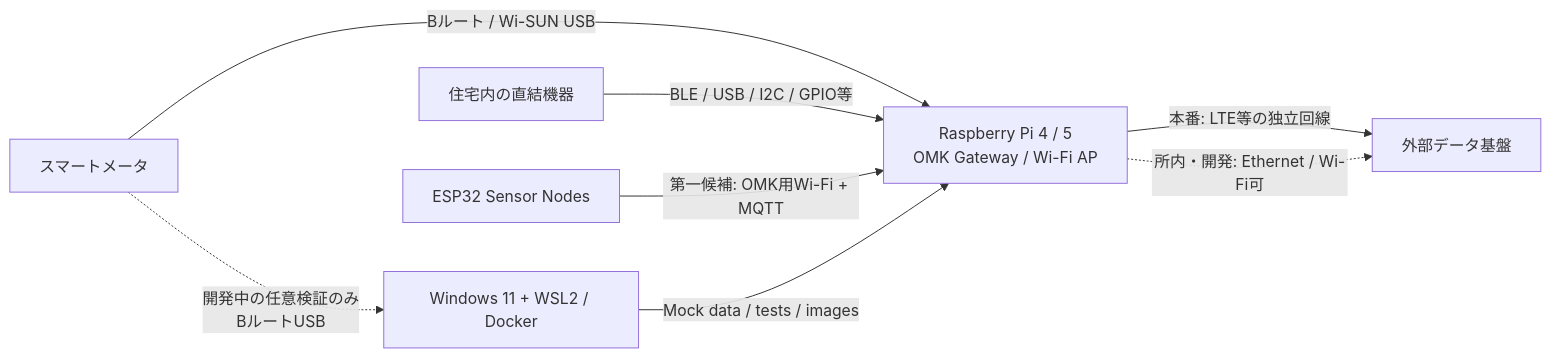
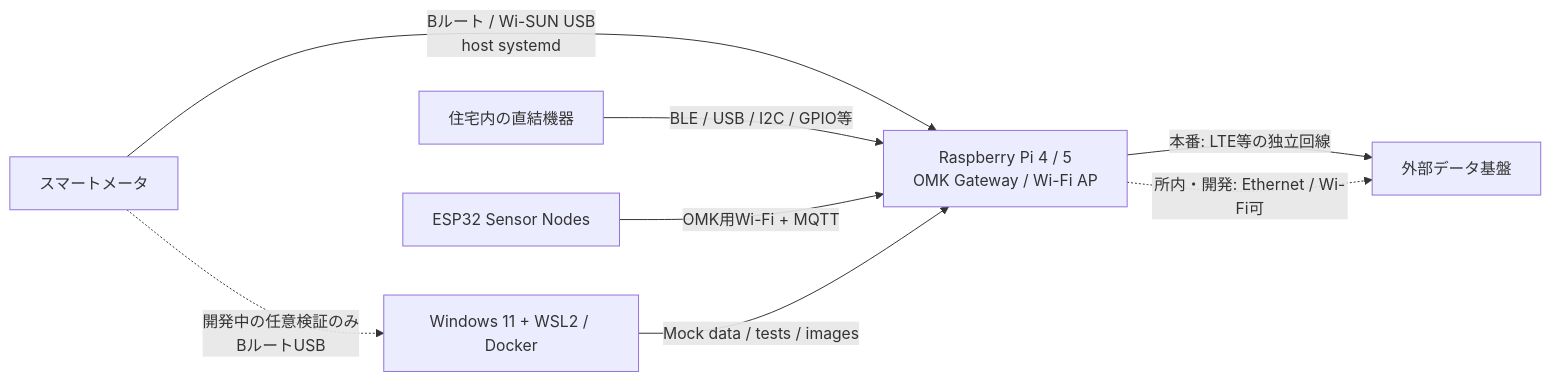
One commit to shattori-criepi/omk changed the first of 2 diagrams in docs/architecture.md. Above: the diagram before and after it, drawn with Mermaid. The commit also changed other lines of this file and 13 other files, not shown here.

````diff
--- a/docs/architecture.md
+++ b/docs/architecture.md
@@ -29,17 +30,17 @@
 ```mermaid
 flowchart LR
     METER[スマートメータ]
     HOMEDEV[住宅内の直結機器]
     PI[Raspberry Pi 4 / 5<br/>OMK Gateway / Wi-Fi AP]
     ESP[ESP32 Sensor Nodes]
     CLOUD[外部データ基盤]
     DEV[Windows 11 + WSL2 / Docker]
 
-    METER -->|Bルート / Wi-SUN USB| PI
+    METER -->|Bルート / Wi-SUN USB<br/>host systemd| PI
     METER -. 開発中の任意検証のみ<br/>BルートUSB .-> DEV
     HOMEDEV -->|BLE / USB / I2C / GPIO等| PI
-    ESP -->|第一候補: OMK用Wi-Fi + MQTT| PI
+    ESP -->|OMK用Wi-Fi + MQTT| PI
     DEV -->|Mock data / tests / images| PI
     PI -->|本番: LTE等の独立回線| CLOUD
     PI -. 所内・開発: Ethernet / Wi-Fi可 .-> CLOUD
 ```
````
